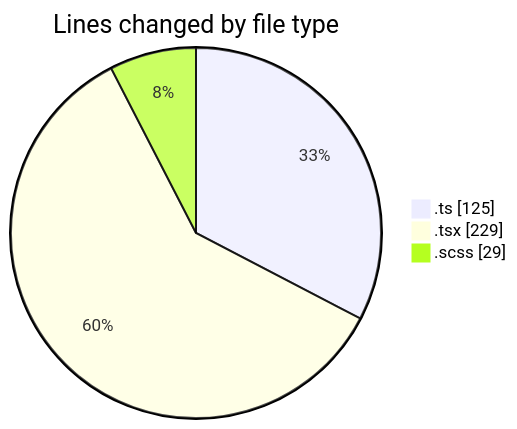
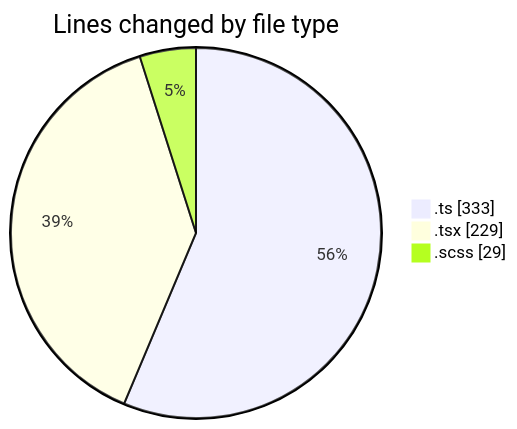
The first of 2 diagrams in 2026-03-18/cda/README.md (momahboobian/code-tracking), drawn with Mermaid before and after one commit. The commit also changed other lines of this file and 1 other file, not shown here.

````diff
--- a/2026-03-18/cda/README.md
+++ b/2026-03-18/cda/README.md
@@ -23,7 +24,7 @@
 ```mermaid
 pie showData
 title Lines changed by file type
-".ts" : 125
+".ts" : 333
 ".tsx" : 229
 ".scss" : 29
 ```
````
